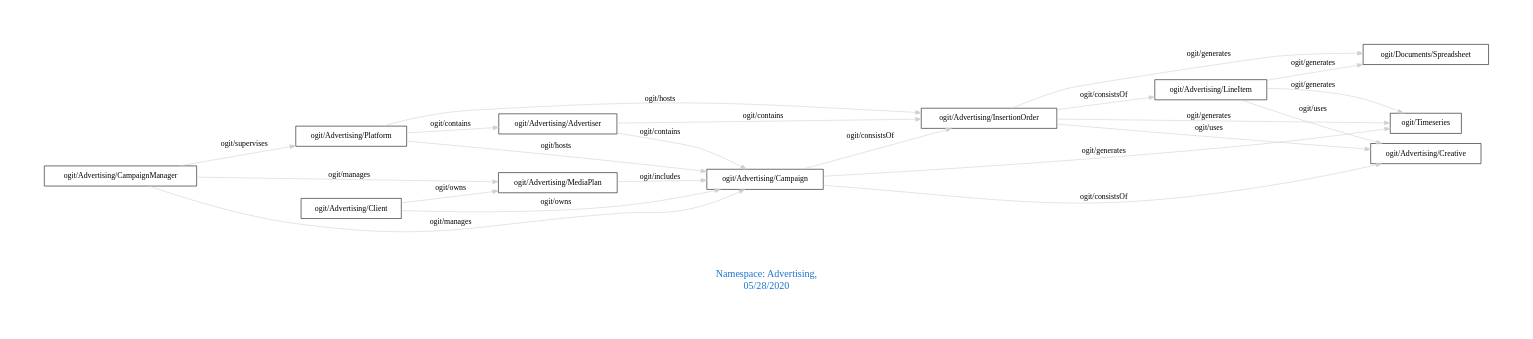
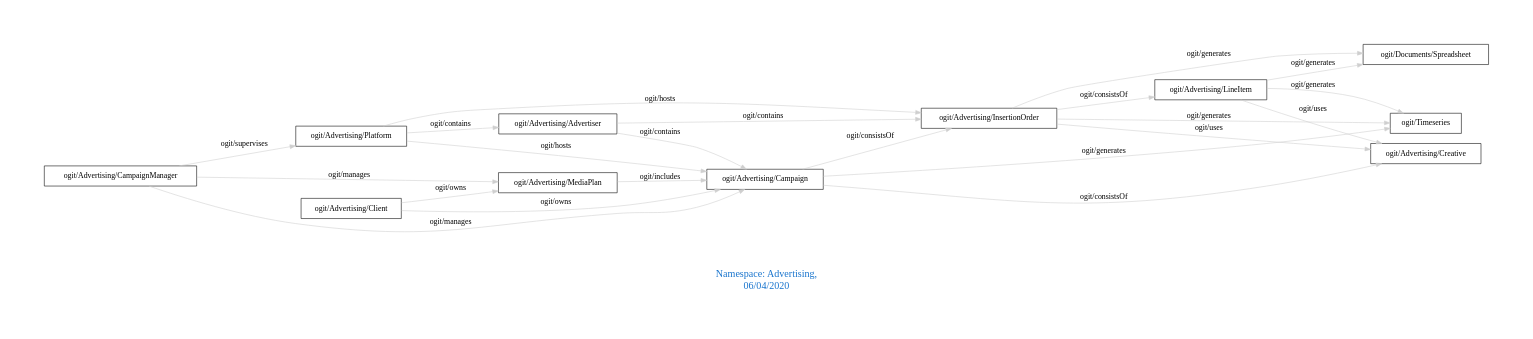
The diagram in downloads/Advertising.dot (arago/OGIT), drawn with Graphviz before and after one commit. The commit also changed 1715 other files, not shown here.

```diff
--- a/downloads/Advertising.dot
+++ b/downloads/Advertising.dot
@@ -1,29 +1,29 @@
 digraph OGIT_ontology {
  graph [ rankdir= LR,pad=1 
 fontsize = 18,
-fontcolor= dodgerblue3,label = "\n\n\nNamespace: Advertising, \n 05/28/2020"];
+fontcolor= dodgerblue3,label = "\n\n\nNamespace: Advertising, \n 06/04/2020"];
 node[shape=polygon];
 edge [  color="gray81"];
 
    "ogit/Advertising/Advertiser" -> "ogit/Advertising/Campaign" [label="   ogit/contains    "];
    "ogit/Advertising/Advertiser" -> "ogit/Advertising/InsertionOrder" [label="   ogit/contains    "];
    "ogit/Advertising/Platform" -> "ogit/Advertising/Advertiser" [label="   ogit/contains    "];
    "ogit/Advertising/CampaignManager" -> "ogit/Advertising/MediaPlan" [label="   ogit/manages    "];
    "ogit/Advertising/CampaignManager" -> "ogit/Advertising/Campaign" [label="   ogit/manages    "];
    "ogit/Advertising/Platform" -> "ogit/Advertising/Campaign" [label="   ogit/hosts    "];
    "ogit/Advertising/Platform" -> "ogit/Advertising/InsertionOrder" [label="   ogit/hosts    "];
    "ogit/Advertising/CampaignManager" -> "ogit/Advertising/Platform" [label="   ogit/supervises    "];
    "ogit/Advertising/Campaign" -> "ogit/Timeseries" [label="   ogit/generates    "];
    "ogit/Advertising/InsertionOrder" -> "ogit/Timeseries" [label="   ogit/generates    "];
    "ogit/Advertising/InsertionOrder" -> "ogit/Documents/Spreadsheet" [label="   ogit/generates    "];
    "ogit/Advertising/LineItem" -> "ogit/Timeseries" [label="   ogit/generates    "];
    "ogit/Advertising/LineItem" -> "ogit/Documents/Spreadsheet" [label="   ogit/generates    "];
    "ogit/Advertising/MediaPlan" -> "ogit/Advertising/Campaign" [label="   ogit/includes    "];
    "ogit/Advertising/Client" -> "ogit/Advertising/MediaPlan" [label="   ogit/owns    "];
    "ogit/Advertising/Client" -> "ogit/Advertising/Campaign" [label="   ogit/owns    "];
    "ogit/Advertising/InsertionOrder" -> "ogit/Advertising/Creative" [label="   ogit/uses    "];
    "ogit/Advertising/LineItem" -> "ogit/Advertising/Creative" [label="   ogit/uses    "];
    "ogit/Advertising/Campaign" -> "ogit/Advertising/InsertionOrder" [label="   ogit/consistsOf    "];
    "ogit/Advertising/Campaign" -> "ogit/Advertising/Creative" [label="   ogit/consistsOf    "];
    "ogit/Advertising/InsertionOrder" -> "ogit/Advertising/LineItem" [label="   ogit/consistsOf    "];
 }
```
